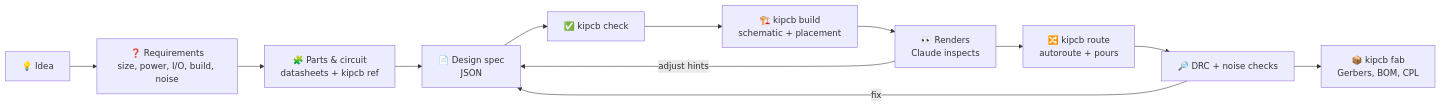
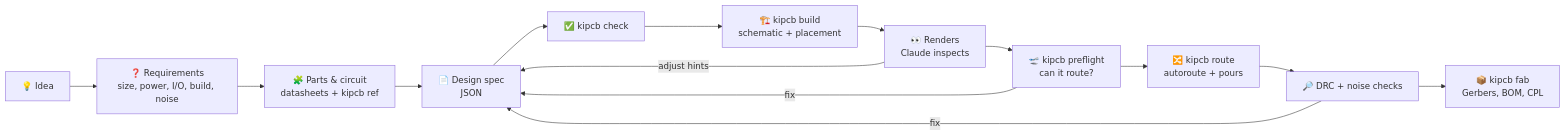
Before and after one commit to virajrungta/pcb-claude-plugin: the diagram in docs/how-it-works.md, drawn with Mermaid. The commit also changed other lines of this file and 34 other files, not shown here.

````diff
--- a/docs/how-it-works.md
+++ b/docs/how-it-works.md
@@ -3,14 +3,16 @@
 ```mermaid
 flowchart LR
     A["💡 Idea"] --> B["❓ Requirements<br/>size, power, I/O, build, noise"]
     B --> C["🧩 Parts & circuit<br/>datasheets + kipcb ref"]
     C --> D["📄 Design spec<br/>JSON"]
     D --> E["✅ kipcb check"]
     E --> F["🏗️ kipcb build<br/>schematic + placement"]
     F --> G["👀 Renders<br/>Claude inspects"]
     G -->|adjust hints| D
-    G --> H["🔀 kipcb route<br/>autoroute + pours"]
+    G --> P["🛫 kipcb preflight<br/>can it route?"]
+    P -->|fix| D
+    P --> H["🔀 kipcb route<br/>autoroute + pours"]
     H --> I["🔎 DRC + noise checks"]
     I -->|fix| D
     I --> J["📦 kipcb fab<br/>Gerbers, BOM, CPL"]
 ```
````
